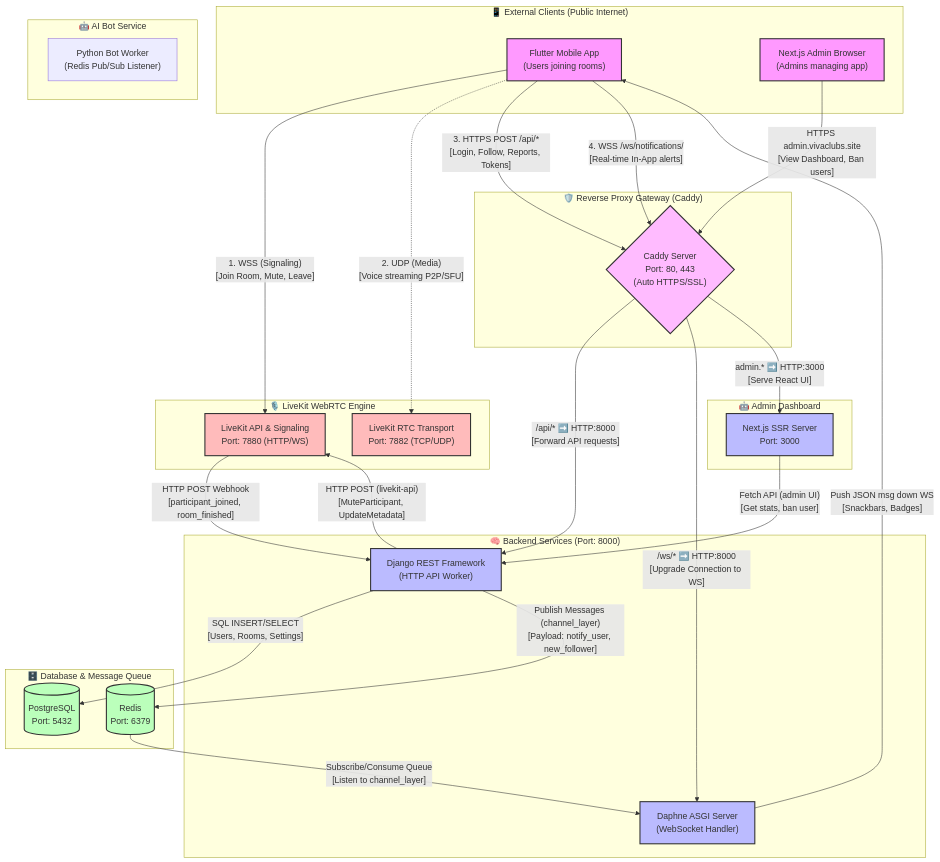
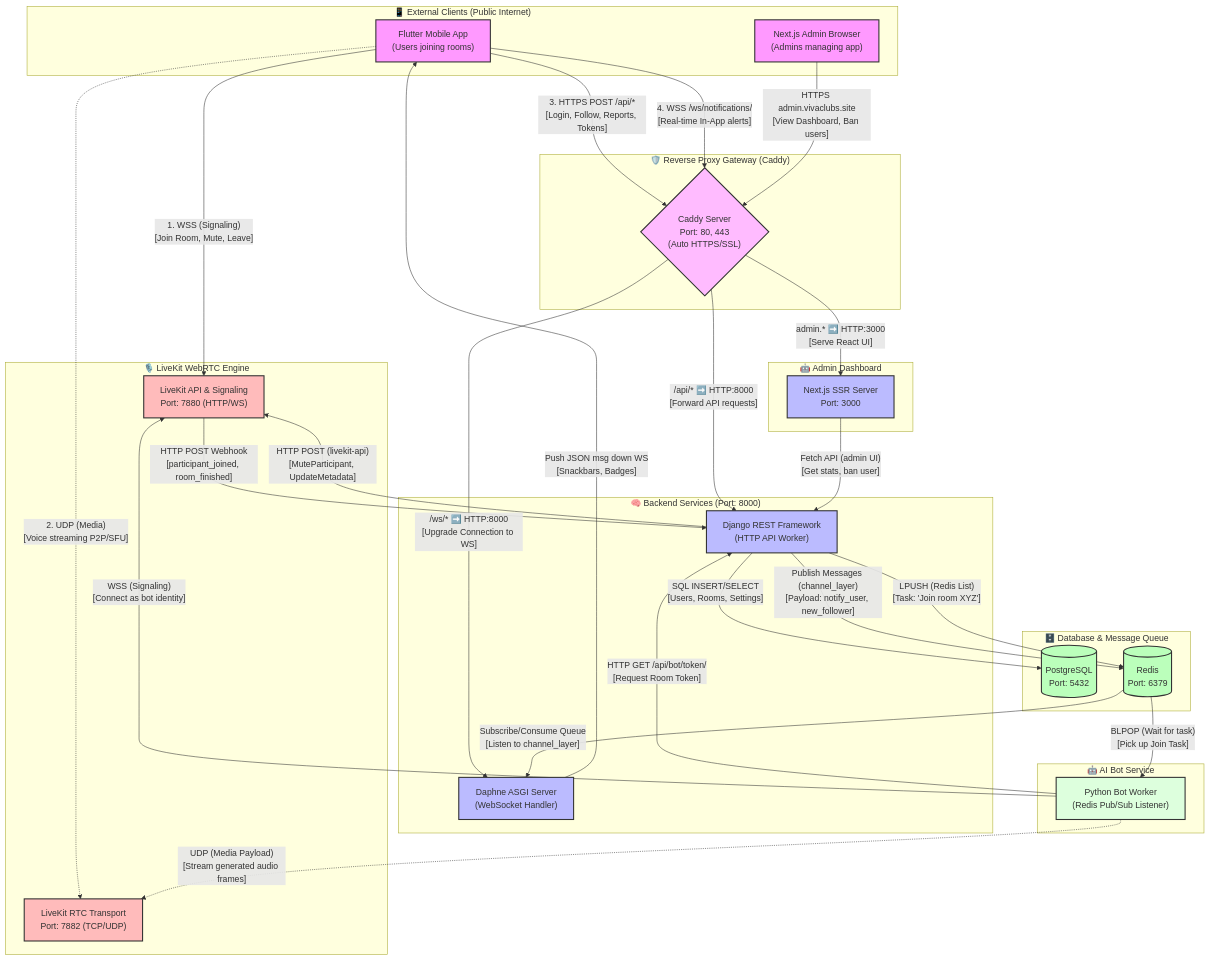
Before and after one commit to arefandywae-lab/VivaClub: the diagram in Docs/Problem&Progress report/architecture-port-mapping.md, drawn with Mermaid. The commit also changed 4 other files, not shown here.

Commit message:
docs: Re-add Music Testing Bot references to architecture and progress documents

````diff
--- a/Docs/Problem&Progress report/architecture-port-mapping.md
+++ b/Docs/Problem&Progress report/architecture-port-mapping.md
@@ -103,7 +103,12 @@
     DjangoAPI -- "HTTP POST (livekit-api)\n[MuteParticipant, UpdateMetadata]" --> LiveKitAPI
     LiveKitAPI -- "HTTP POST Webhook\n[participant_joined, room_finished]" --> DjangoAPI
 
-    %% G. Bot Service Loop (Removed: No AI Bot in current scope)
+    %% G. Music Bot Service Loop
+    DjangoAPI -- "LPUSH (Redis List)\n[Task: 'Join room XYZ']" --> Redis
+    Redis -- "BLPOP (Wait for task)\n[Pick up Join Task]" --> BotWorker
+    BotWorker -- "HTTP GET /api/bot/token/\n[Request Room Token]" --> DjangoAPI
+    BotWorker -- "WSS (Signaling)\n[Connect as bot identity]" --> LiveKitAPI
+    BotWorker -. "UDP (Media Payload)\n[Stream generated audio frames]" .-> LiveKitRTC
     %% ==========================================
     %% STYLING
     %% ==========================================
@@ -112,10 +117,12 @@
     classDef backend fill:#bbf,stroke:#333,stroke-width:2px;
     classDef data fill:#bfb,stroke:#333,stroke-width:2px;
     classDef rtc fill:#fbb,stroke:#333,stroke-width:2px;
+    classDef bot fill:#dfd,stroke:#333,stroke-width:2px;
     
     class Flutter,Browser client;
     class Caddy proxy;
     class DjangoAPI,Daphne,NextJS backend;
     class Postgres,Redis data;
     class LiveKitAPI,LiveKitRTC rtc;
+    class BotWorker bot;
 ```
````
